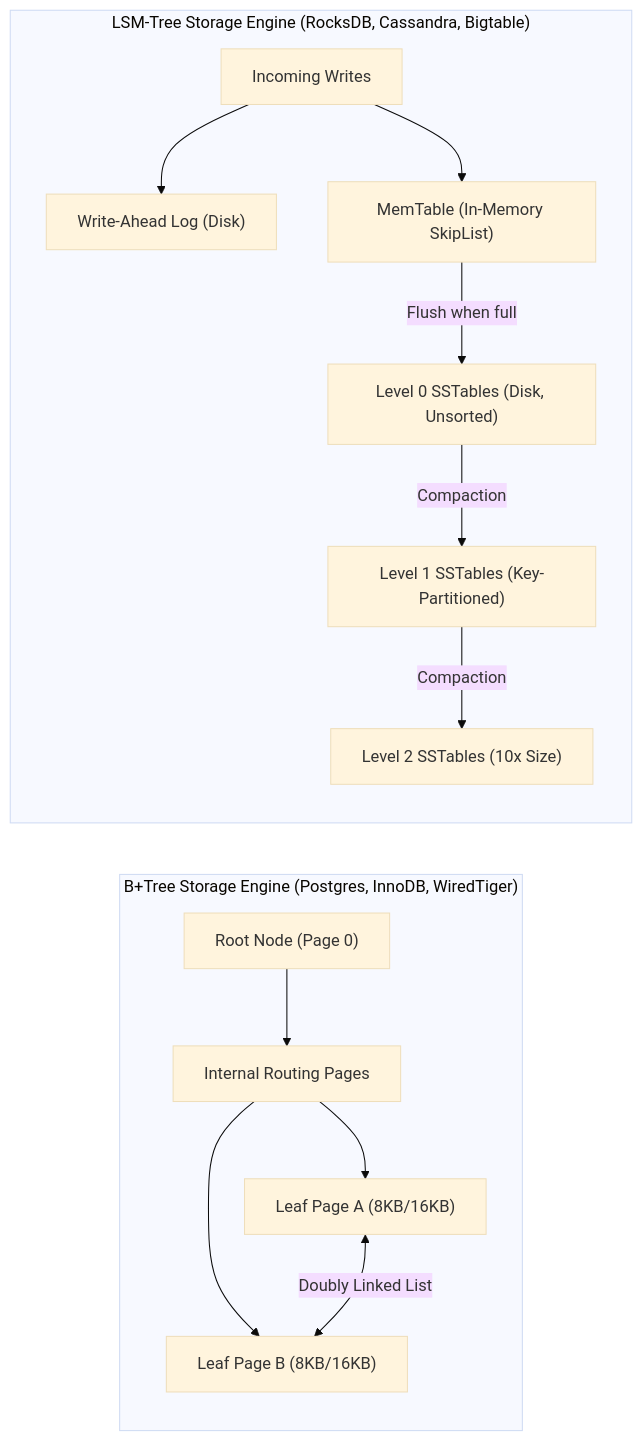
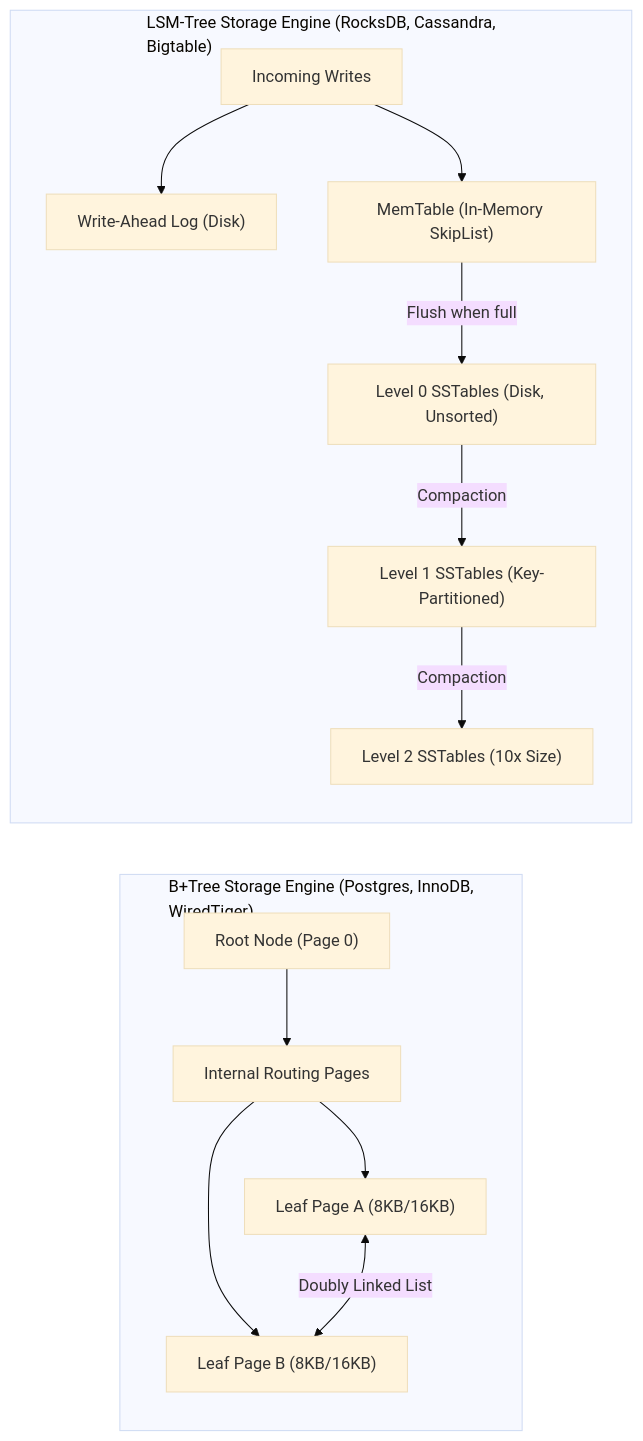
One commit to santoshjammi29/sql-handbook changed the third of 6 diagrams in README.md. Above: the diagram before and after it, drawn with Mermaid (base theme). The commit also changed other lines of this file and 17 other files, not shown here.

Commit message:
fix(diagrams): word-wrap labels and escape comparison operators across all diagrams

````diff
--- a/README.md
+++ b/README.md
@@ -234,19 +234,19 @@
 ```mermaid
 flowchart LR
-    subgraph BTree["B+Tree Storage Engine (Postgres, InnoDB, WiredTiger)"]
+    subgraph BTree["B+Tree Storage Engine (Postgres, InnoDB,<br/>WiredTiger)"]
         direction TB
         Root["Root Node (Page 0)"] --> Internal["Internal Routing Pages"]
         Internal --> Leaf1["Leaf Page A (8KB/16KB)"]
         Internal --> Leaf2["Leaf Page B (8KB/16KB)"]
         Leaf1 <-->|Doubly Linked List| Leaf2
     end
 
-    subgraph LSM["LSM-Tree Storage Engine (RocksDB, Cassandra, Bigtable)"]
+    subgraph LSM["LSM-Tree Storage Engine (RocksDB, Cassandra,<br/>Bigtable)"]
         direction TB
         Write["Incoming Writes"] --> WAL["Write-Ahead Log (Disk)"]
         Write --> MemTable["MemTable (In-Memory SkipList)"]
         MemTable -->|Flush when full| L0["Level 0 SSTables (Disk, Unsorted)"]
         L0 -->|Compaction| L1["Level 1 SSTables (Key-Partitioned)"]
         L1 -->|Compaction| L2["Level 2 SSTables (10x Size)"]
     end
 ```
````
